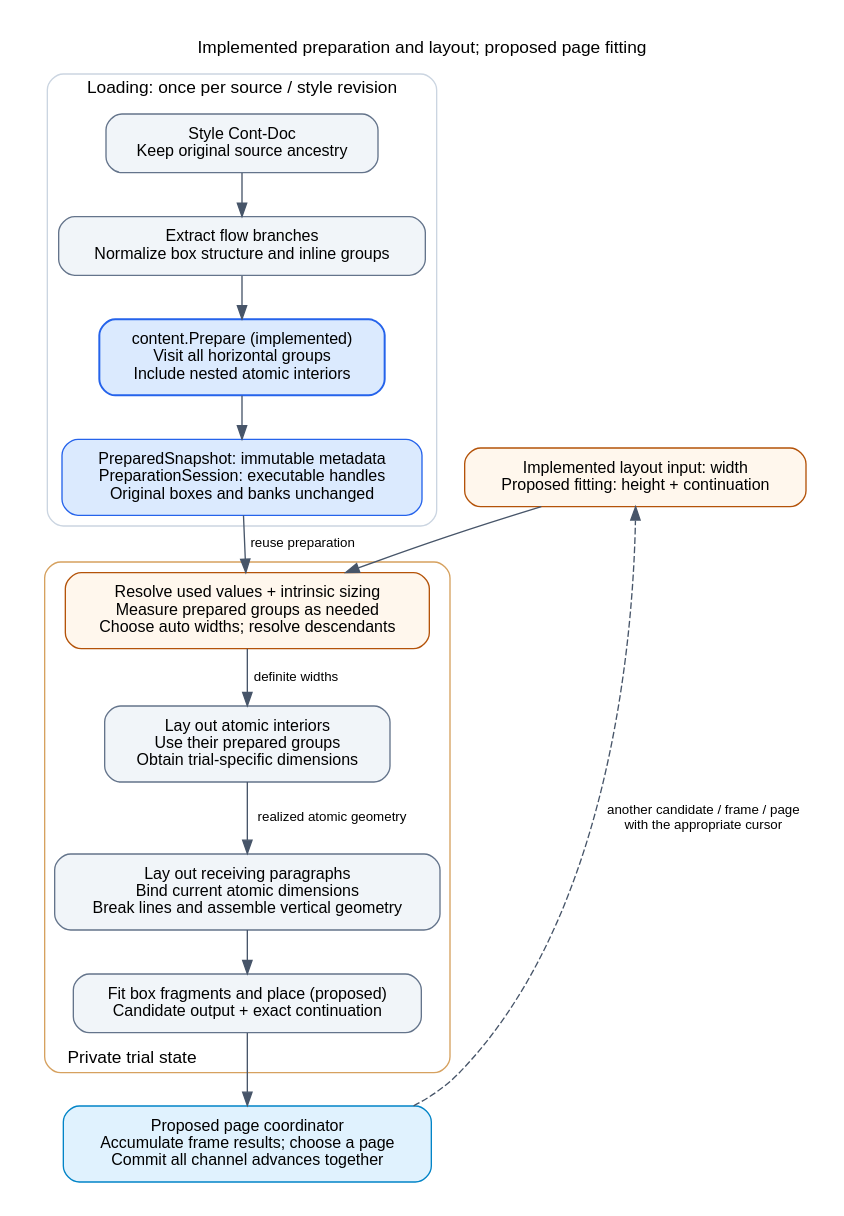
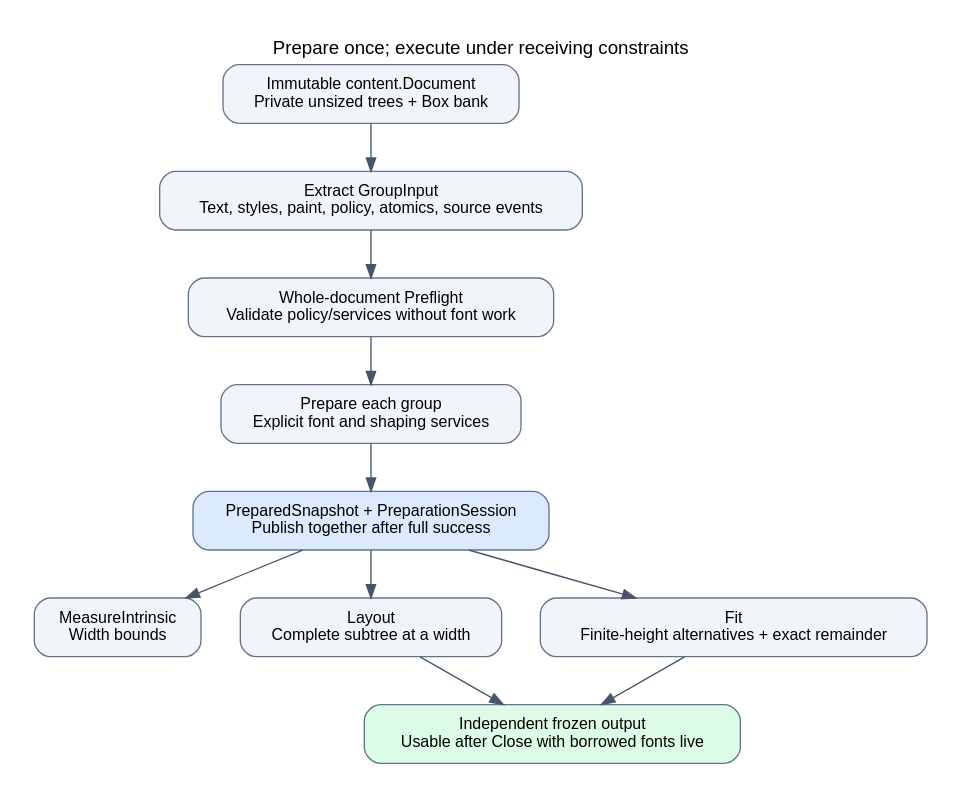
The diagram in doc/diagrams/preparation-pipeline.dot (npillmayer/pagelayout), drawn with Graphviz before and after one commit. The commit also changed 77 other files, not shown here.

```diff
--- a/doc/diagrams/preparation-pipeline.dot
+++ b/doc/diagrams/preparation-pipeline.dot
@@ -1,54 +1,24 @@
-digraph PreparationPipeline {
-  graph [rankdir=TB, bgcolor="white", pad=0.25, nodesep=0.45, ranksep=0.45,
-         fontname="Helvetica", fontsize=13, newrank=true,
-         label="Implemented preparation and layout; proposed page fitting", labelloc=t];
+digraph Layout {
+  graph [rankdir=TB, bgcolor="white", pad=0.25, nodesep=0.4, ranksep=0.5,
+         fontname="Helvetica", fontsize=14];
   node [shape=box, style="rounded,filled", fillcolor="#f1f5f9", color="#64748b",
         fontname="Helvetica", fontsize=12, margin="0.18,0.12"];
   edge [color="#475569", fontname="Helvetica", fontsize=10];
-
-  subgraph cluster_loading {
-    label="Loading: once per source / style revision";
-    color="#cbd5e1";
-    style=rounded;
-
-    source [label="Style Cont-Doc\nKeep original source ancestry"];
-    structure [label="Extract flow branches\nNormalize box structure and inline groups"];
-    prepare [label="content.Prepare (implemented)\nVisit all horizontal groups\nInclude nested atomic interiors",
-             fillcolor="#dbeafe", color="#2563eb", penwidth=1.5];
-    prepared [label="PreparedSnapshot: immutable metadata\nPreparationSession: executable handles\nOriginal boxes and banks unchanged",
-              fillcolor="#dbeafe", color="#2563eb"];
-
-    source -> structure -> prepare -> prepared;
-  }
-
-  constraints [label="Implemented layout input: width\nProposed fitting: height + continuation",
-               fillcolor="#fff7ed", color="#b45309"];
-
-  subgraph cluster_trial {
-    label="Private trial state";
-    labelloc=b;
-    labeljust=l;
-    color="#d6a15f";
-    style=rounded;
-
-    sizing [label="Resolve used values + intrinsic sizing\nMeasure prepared groups as needed\nChoose auto widths; resolve descendants",
-            fillcolor="#fff7ed", color="#b45309"];
-    atomics [label="Lay out atomic interiors\nUse their prepared groups\nObtain trial-specific dimensions"];
-    paragraphs [label="Lay out receiving paragraphs\nBind current atomic dimensions\nBreak lines and assemble vertical geometry"];
-    fit [label="Fit box fragments and place (proposed)\nCandidate output + exact continuation"];
-
-    sizing -> atomics [label="definite widths"];
-    atomics -> paragraphs [label="realized atomic geometry"];
-    paragraphs -> fit;
-  }
-
-  choose [label="Proposed page coordinator\nAccumulate frame results; choose a page\nCommit all channel advances together",
-          fillcolor="#e0f2fe", color="#0284c7"];
-
-  { rank=same; prepared; constraints; }
-  prepared -> sizing [label="reuse preparation"];
-  constraints -> sizing;
-  fit -> choose;
-  choose -> constraints [label="another candidate / frame / page\nwith the appropriate cursor", style=dashed,
-                         constraint=false];
+  graph [label="Prepare once; execute under receiving constraints", labelloc=t];
+  source [label="Immutable content.Document\nPrivate unsized trees + Box bank"];
+  extract [label="Extract GroupInput\nText, styles, paint, policy, atomics, source events"];
+  preflight [label="Whole-document Preflight\nValidate policy/services without font work"];
+  prepare [label="Prepare each group\nExplicit font and shaping services"];
+  pair [label="PreparedSnapshot + PreparationSession\nPublish together after full success", fillcolor="#dbeafe"];
+  intrinsic [label="MeasureIntrinsic\nWidth bounds"];
+  layout [label="Layout\nComplete subtree at a width"];
+  fit [label="Fit\nFinite-height alternatives + exact remainder"];
+  output [label="Independent frozen output\nUsable after Close with borrowed fonts live", fillcolor="#dcfce7"];
+  source -> extract -> preflight -> prepare -> pair;
+  pair -> intrinsic;
+  pair -> layout;
+  pair -> fit;
+  layout -> output;
+  fit -> output;
+  { rank=same; intrinsic; layout; fit; }
 }
```
